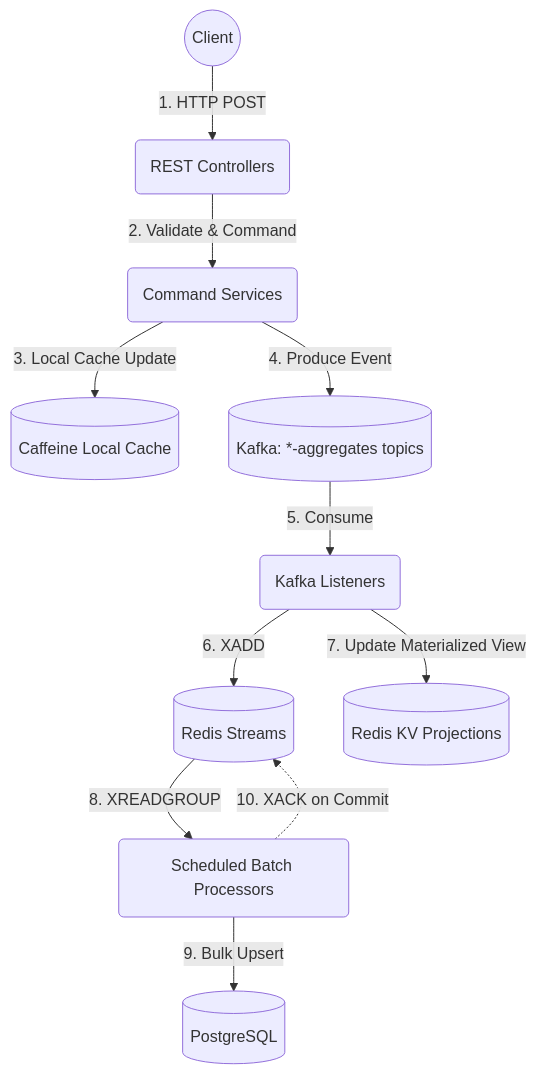
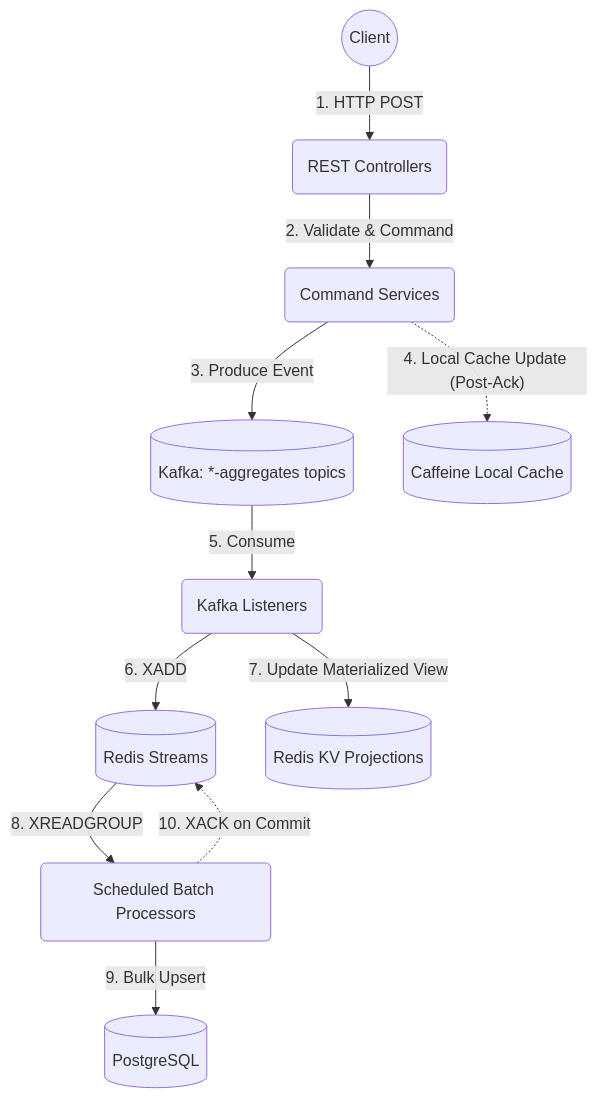
One commit to rajadilipkolli/my-spring-boot-experiments changed the diagram in boot-high-rps-sample/ARCHITECTURE.md. Above: the diagram before and after it, drawn with Mermaid. The commit also changed other lines of this file and 11 other files, not shown here.

````diff
--- a/boot-high-rps-sample/ARCHITECTURE.md
+++ b/boot-high-rps-sample/ARCHITECTURE.md
@@ -15,16 +15,16 @@
 ```mermaid
 flowchart TD
-    Client((Client)) -->|1. HTTP POST| REST(REST Controllers)
-    REST -->|2. Validate & Command| Service(Command Services)
+    Client(("Client")) -->|"1. HTTP POST"| REST("REST Controllers")
+    REST -->|"2. Validate & Command"| Service("Command Services")
     
-    Service -->|3. Local Cache Update| Cache[(Caffeine Local Cache)]
-    Service -->|4. Produce Event| KafkaAgg[(Kafka: *-aggregates topics)]
+    Service -->|"3. Produce Event"| KafkaAgg[("Kafka: *-aggregates topics")]
+    Service -.->|"4. Local Cache Update (Post-Ack)"| Cache[("Caffeine Local Cache")]
     
-    KafkaAgg -->|5. Consume| Listener(Kafka Listeners)
-    Listener -->|6. XADD| RedisStreams[(Redis Streams)]
-    Listener -->|7. Update Materialized View| RedisCache[(Redis KV Projections)]
+    KafkaAgg -->|"5. Consume"| Listener("Kafka Listeners")
+    Listener -->|"6. XADD"| RedisStreams[("Redis Streams")]
+    Listener -->|"7. Update Materialized View"| RedisCache[("Redis KV Projections")]
     
-    RedisStreams -->|8. XREADGROUP| Batch(Scheduled Batch Processors)
-    Batch -->|9. Bulk Upsert| Postgres[(PostgreSQL)]
-    Batch -.->|10. XACK on Commit| RedisStreams
+    RedisStreams -->|"8. XREADGROUP"| Batch("Scheduled Batch Processors")
+    Batch -->|"9. Bulk Upsert"| Postgres[("PostgreSQL")]
+    Batch -.->|"10. XACK on Commit"| RedisStreams
 ```
````
